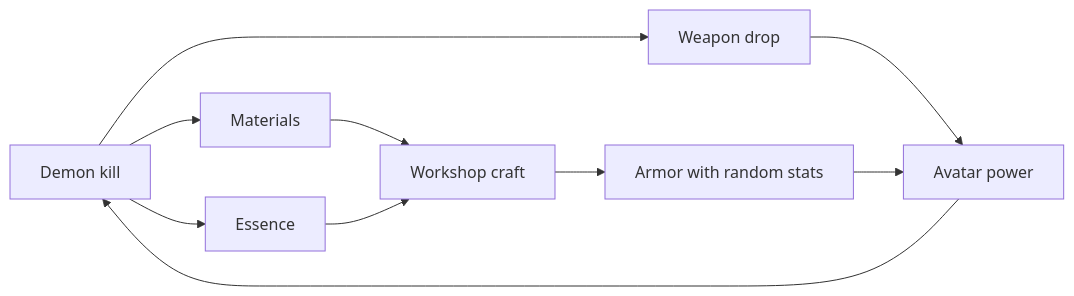
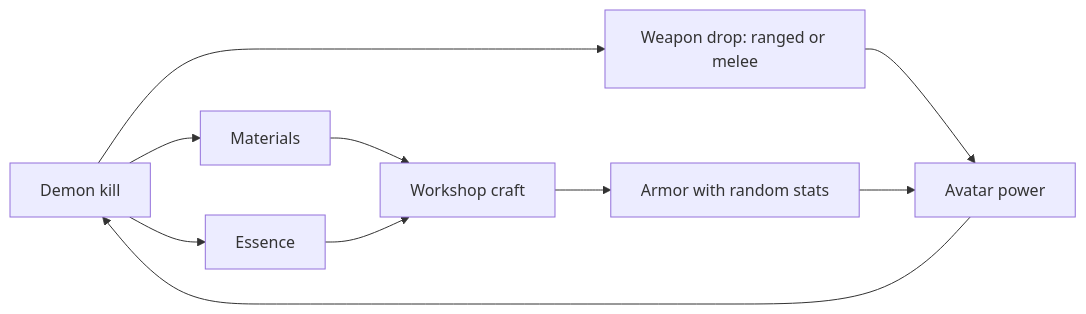
The sixth of 11 diagrams in docs/GAME_DESIGN.md (jhofer/ar-map-game), drawn with Mermaid before and after one commit. The commit also changed other lines of this file, not shown here.

First line of the commit message:
Define three gear slots: ranged weapon, melee weapon, armor set

````diff
--- a/docs/GAME_DESIGN.md
+++ b/docs/GAME_DESIGN.md
@@ -317,12 +330,12 @@
 ```mermaid
 flowchart LR
-    D[Demon kill] --> W[Weapon drop]
+    D[Demon kill] --> W[Weapon drop: ranged or melee]
     D --> M[Materials]
     D --> E[Essence]
     M --> C[Workshop craft]
     E --> C
     C --> A[Armor with random stats]
     W --> P[Avatar power]
     A --> P
     P --> D
 ```
````
